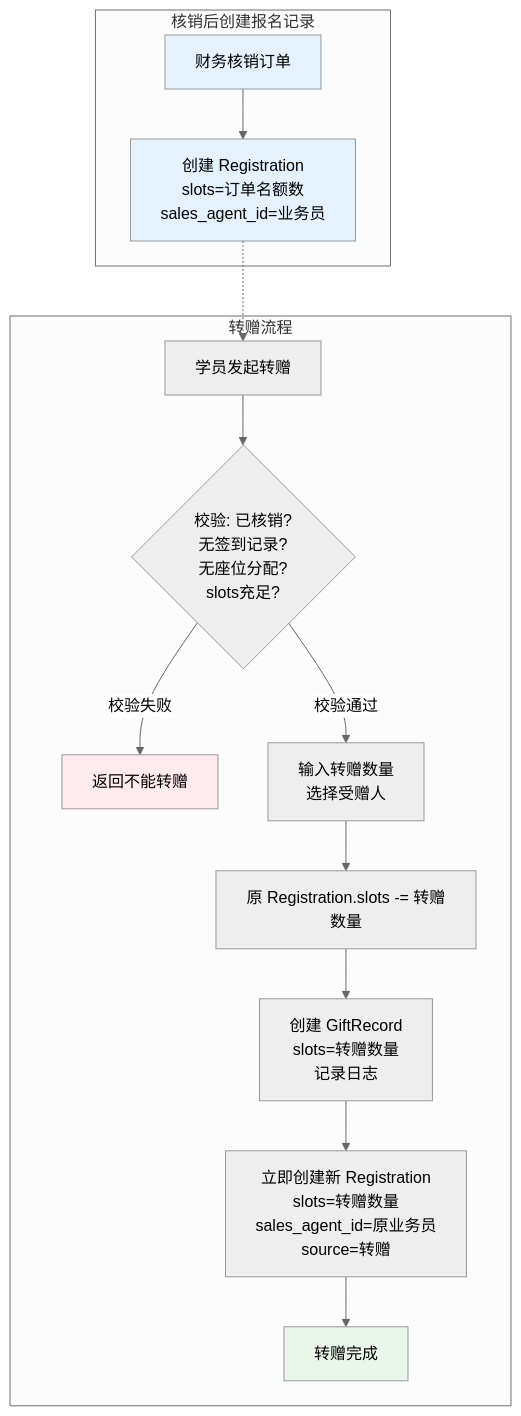
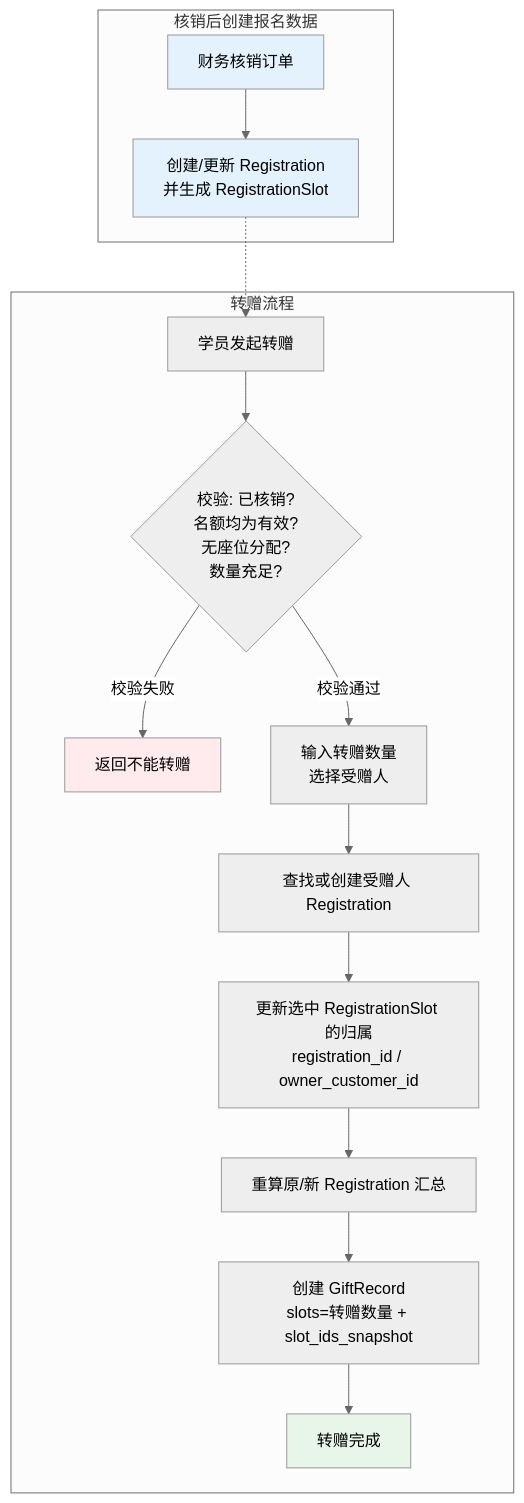
One commit to zingxy/side-job changed the eighth of 9 diagrams in 课程培训平台/PRD.md. Above: the diagram before and after it, drawn with Mermaid (neutral theme). The commit also changed other lines of this file, not shown here.

````diff
--- a/课程培训平台/PRD.md
+++ b/课程培训平台/PRD.md
@@ -739,23 +786,24 @@
 ```mermaid
 flowchart TD
-    subgraph 核销后创建报名记录
-        A[财务核销订单] --> B[创建 Registration<br/>slots=订单名额数<br/>sales_agent_id=业务员]
+    subgraph 核销后创建报名数据
+        A[财务核销订单] --> B[创建/更新 Registration<br/>并生成 RegistrationSlot]
     end
 
     subgraph 转赠流程
-        C[学员发起转赠] --> D{校验: 已核销?<br/>无签到记录?<br/>无座位分配?<br/>slots充足?}
+        C[学员发起转赠] --> D{校验: 已核销?<br/>名额均为有效?<br/>无座位分配?<br/>数量充足?}
         D -->|校验失败| E[返回不能转赠]
         D -->|校验通过| F[输入转赠数量<br/>选择受赠人]
-        F --> G[原 Registration.slots -= 转赠数量]
-        G --> H[创建 GiftRecord<br/>slots=转赠数量<br/>记录日志]
-        H --> I[立即创建新 Registration<br/>slots=转赠数量<br/>sales_agent_id=原业务员<br/>source=转赠]
-        I --> J[转赠完成]
+        F --> G[查找或创建受赠人 Registration]
+        G --> H[更新选中 RegistrationSlot 的归属<br/>registration_id / owner_customer_id]
+        H --> I[重算原/新 Registration 汇总]
+        I --> J[创建 GiftRecord<br/>slots=转赠数量 + slot_ids_snapshot]
+        J --> K[转赠完成]
     end
 
     B -.-> C
 
     style A fill:#e3f2fd
     style B fill:#e3f2fd
-    style J fill:#e8f5e9
+    style K fill:#e8f5e9
     style E fill:#ffebee
 ```
````
